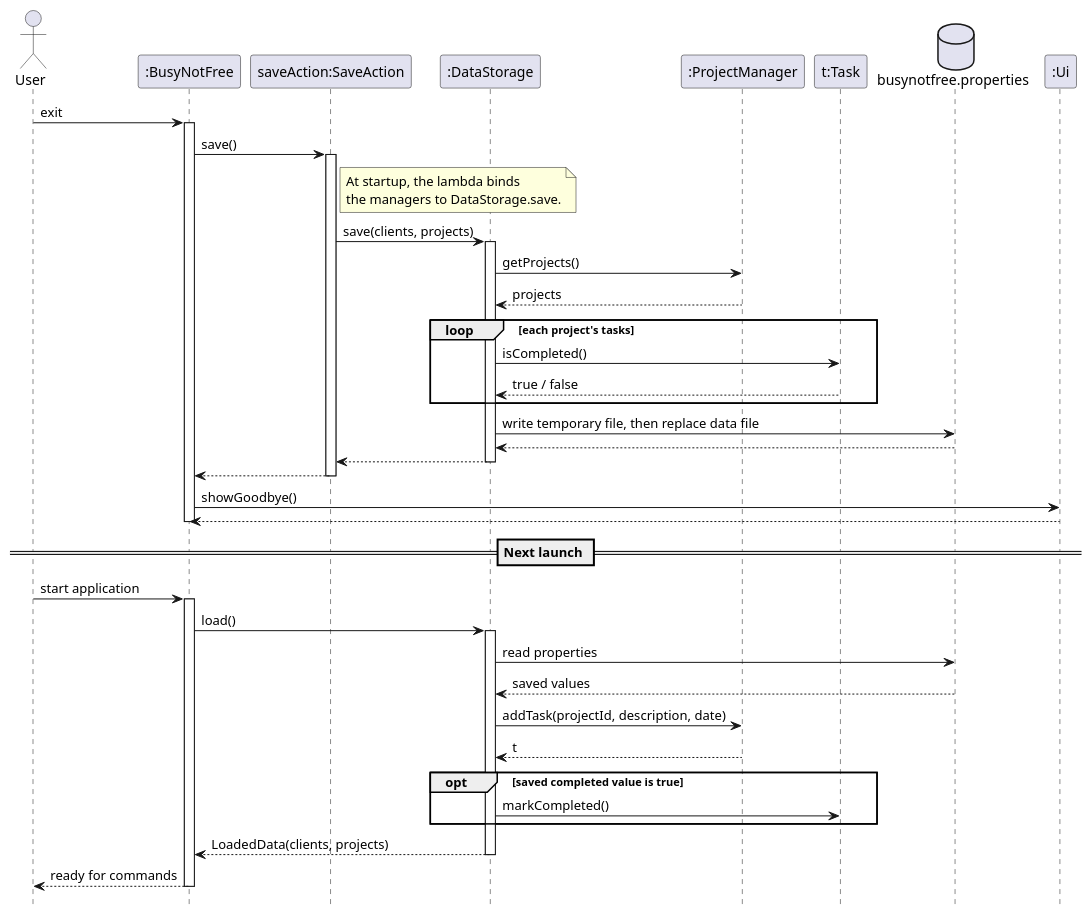
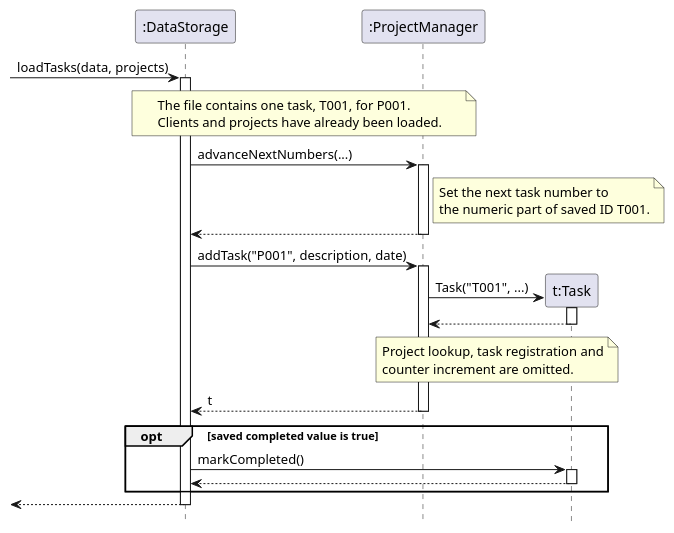
One commit to AY2627S1-CS2113-T10-3/tp changed the diagram in docs/diagrams/TaskCompletionPersistenceSequenceDiagram.puml. Above: the diagram before and after it, drawn with PlantUML. The commit also changed 8 other files, not shown here.

First line of the commit message:
docs: correct task completion and persistence UML scenarios

```diff
--- a/docs/diagrams/TaskCompletionPersistenceSequenceDiagram.puml
+++ b/docs/diagrams/TaskCompletionPersistenceSequenceDiagram.puml
@@ -1,54 +1,38 @@
 @startuml
-' Save on exit and restore completion on the next application launch.
+' Restore one saved task during loadTasks; file reading and other records are omitted.
 hide footbox
 
-actor User
-participant ":BusyNotFree" as App
-participant "saveAction:SaveAction" as Action
 participant ":DataStorage" as Storage
 participant ":ProjectManager" as PM
-participant "t:Task" as Task
-database "busynotfree.properties" as File
-participant ":Ui" as UI
 
-User -> App : exit
-activate App
-App -> Action : save()
-activate Action
-note right of Action : At startup, the lambda binds\nthe managers to DataStorage.save.
-Action -> Storage : save(clients, projects)
+[-> Storage : loadTasks(data, projects)
 activate Storage
-Storage -> PM : getProjects()
-PM --> Storage : projects
-loop each project's tasks
-    Storage -> Task : isCompleted()
-    Task --> Storage : true / false
+note over Storage, PM
+  The file contains one task, T001, for P001.
+  Clients and projects have already been loaded.
+end note
+Storage -> PM : advanceNextNumbers(...)
+activate PM
+note right of PM : Set the next task number to\nthe numeric part of saved ID T001.
+PM --> Storage
+deactivate PM
+Storage -> PM : addTask("P001", description, date)
+activate PM
+create participant "t:Task" as T
+PM -> T : Task("T001", ...)
+activate T
+T --> PM
+deactivate T
+note over PM, T : Project lookup, task registration and\ncounter increment are omitted.
+PM --> Storage : t
+deactivate PM
+opt saved completed value is true
+    Storage -> T : markCompleted()
+    activate T
+    T --> Storage
+    deactivate T
 end
-Storage -> File : write temporary file, then replace data file
-File --> Storage
-Storage --> Action
+[<-- Storage
 deactivate Storage
-Action --> App
-deactivate Action
-App -> UI : showGoodbye()
-UI --> App
-deactivate App
-
-== Next launch ==
-User -> App : start application
-activate App
-App -> Storage : load()
-activate Storage
-Storage -> File : read properties
-File --> Storage : saved values
-Storage -> PM : addTask(projectId, description, date)
-PM --> Storage : t
-opt saved completed value is true
-    Storage -> Task : markCompleted()
-end
-Storage --> App : LoadedData(clients, projects)
-deactivate Storage
-App --> User : ready for commands
-deactivate App
 
 @enduml
```
